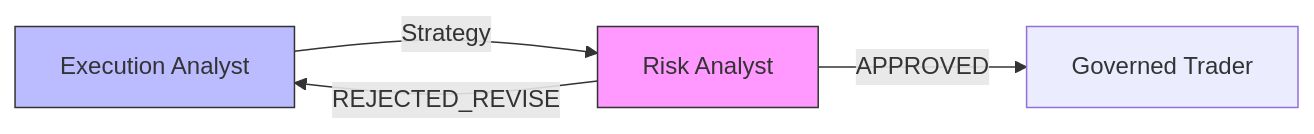
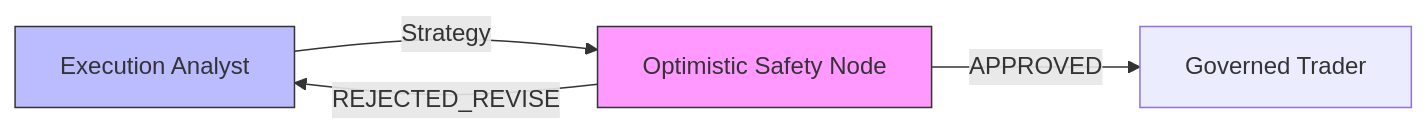
One commit to lahlfors/cybernetic-governance-engine changed the diagram in ARCHITECTURE.md. Above: the diagram before and after it, drawn with Mermaid. The commit also changed other lines of this file and 3 other files, not shown here.

First line of the commit message:
docs: Update architecture documentation to reflect Hybrid/In-Process model

````diff
--- a/ARCHITECTURE.md
+++ b/ARCHITECTURE.md
@@ -176,9 +177,9 @@
 ```mermaid
 graph LR
-    EA[Execution Analyst] -->|Strategy| RA[Risk Analyst]
-    RA -->|APPROVED| GT[Governed Trader]
-    RA -->|REJECTED_REVISE| EA
+    EA[Execution Analyst] -->|Strategy| SAFE[Optimistic Safety Node]
+    SAFE -->|APPROVED| GT[Governed Trader]
+    SAFE -->|REJECTED_REVISE| EA
 
-    style RA fill:#f9f,stroke:#333
+    style SAFE fill:#f9f,stroke:#333
     style EA fill:#bbf,stroke:#333
 ```
````
